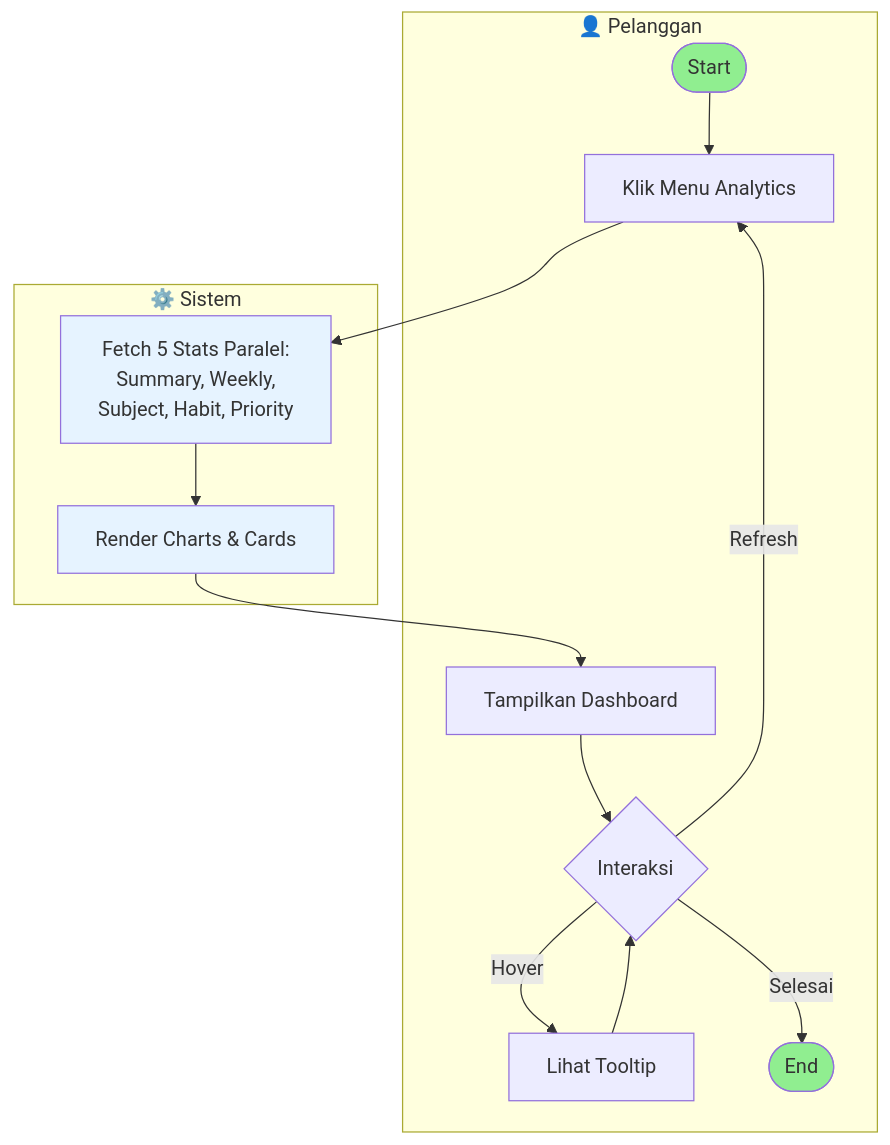
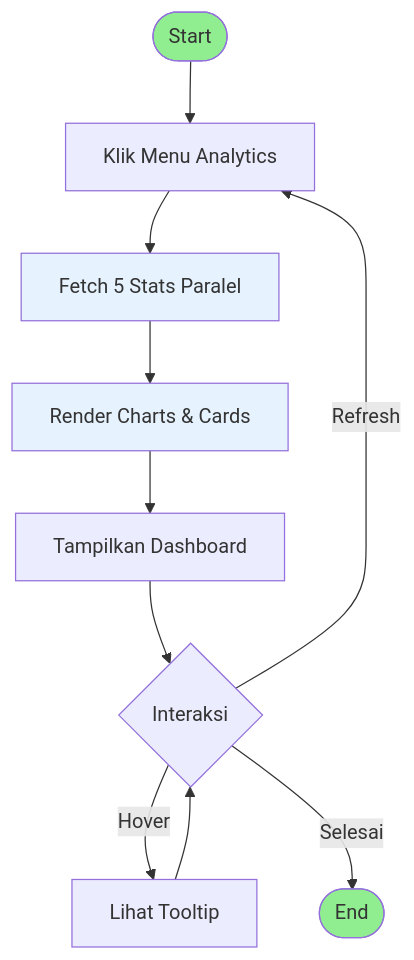
One commit to FarhanEfendi21/FlowDay changed the seventh of 11 diagrams in ACTIVITY_DIAGRAMS.md. Above: the diagram before and after it, drawn with Mermaid. The commit also changed other lines of this file, not shown here.

Commit message:
fix activity diagram

````diff
--- a/ACTIVITY_DIAGRAMS.md
+++ b/ACTIVITY_DIAGRAMS.md
@@ -270,24 +259,20 @@
 ```mermaid
-graph TD
-    subgraph User["👤 Pelanggan"]
-        A([Start]) --> B[Klik Menu Analytics]
-        C[Tampilkan Dashboard] --> D{Interaksi}
-        D -->|Hover| E[Lihat Tooltip]
-        E --> D
-        D -->|Refresh| B
-        D -->|Selesai| F([End])
-    end
+flowchart TB
+    Start([Start]) --> A[Klik Menu Analytics]
+    A --> B[Fetch 5 Stats Paralel]
+    B --> C[Render Charts & Cards]
+    C --> D[Tampilkan Dashboard]
+    D --> Menu{Interaksi}
     
-    subgraph System["⚙️ Sistem"]
-        G[Fetch 5 Stats Paralel:<br/>Summary, Weekly,<br/>Subject, Habit, Priority]
-        G --> H[Render Charts & Cards]
-        H --> C
-    end
+    Menu -->|Hover| E1[Lihat Tooltip]
+    E1 --> Menu
     
-    B --> G
+    Menu -->|Refresh| A
+    
+    Menu -->|Selesai| End([End])
 
-    style A fill:#90EE90
-    style F fill:#90EE90
-    style G fill:#E6F3FF
-    style H fill:#E6F3FF
+    style Start fill:#90EE90
+    style End fill:#90EE90
+    style B fill:#E6F3FF
+    style C fill:#E6F3FF
 ```
````
